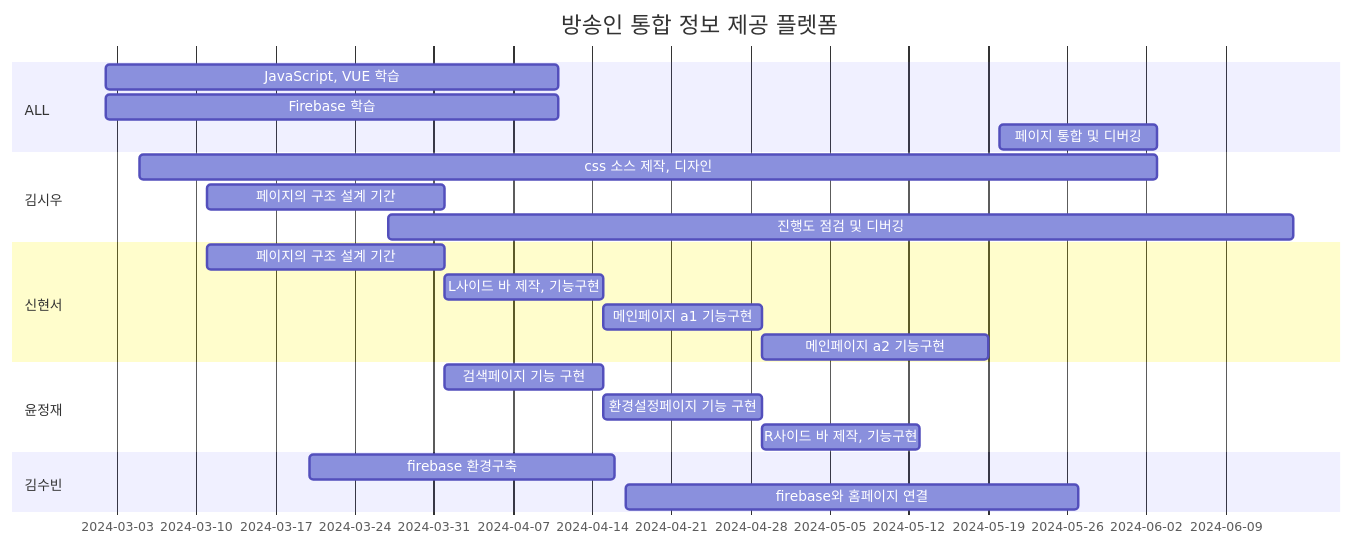
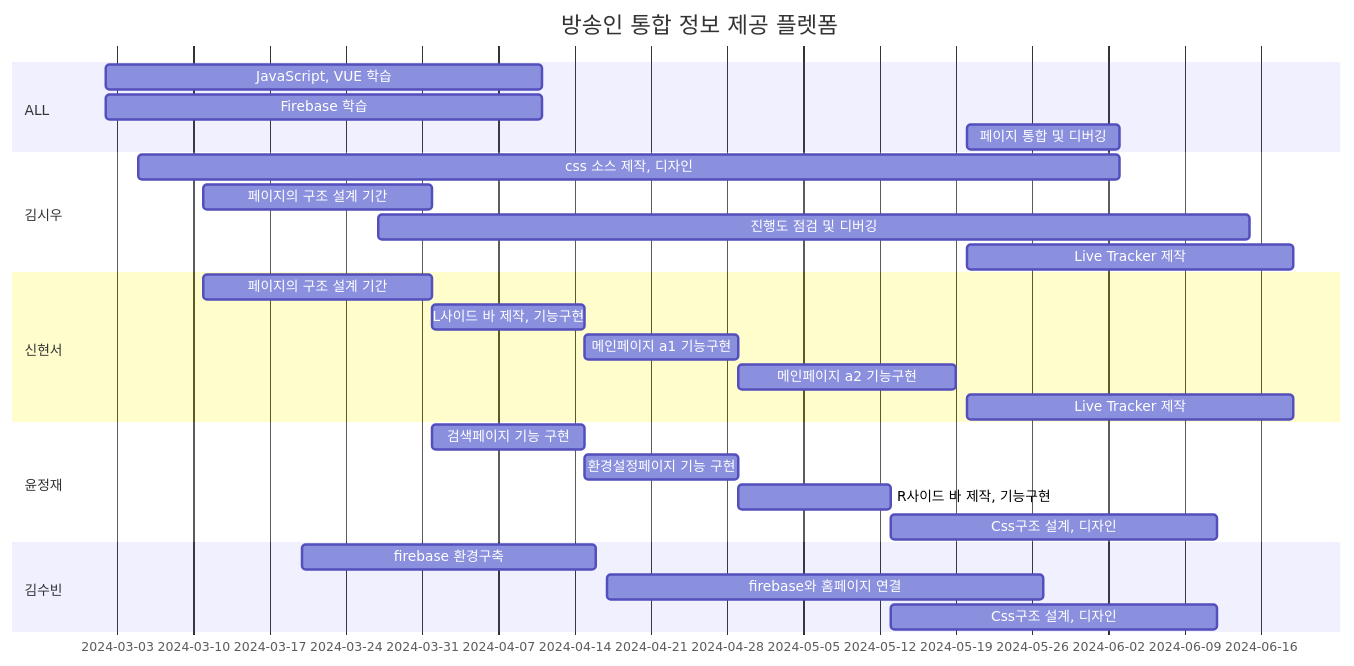
Before and after one commit to kimsiwoo12/kimsiwoo12: the diagram in README.md, drawn with Mermaid.

````diff
--- a/README.md
+++ b/README.md
@@ -8,30 +8,34 @@
 ```mermaid
 gantt
     title 방송인 통합 정보 제공 플렛폼
     dateFormat  YYYY-MM-DD
 
     section ALL
     JavaScript, VUE 학습     :a1, 2024-03-02, 40d
     Firebase 학습            :a2, 2024-03-02, 40d
     페이지 통합 및 디버깅    :a3, 2024-05-20, 14d
 
     section 김시우
     css 소스 제작, 디자인    :a1, 2024-03-05, 90d
     페이지의 구조 설계 기간  :a2, 2024-03-11, 21d
     진행도 점검 및 디버깅    :a3, 2024-03-27, 80d
+    Live Tracker 제작        :a4, 2024-05-20, 30d
 
     section 신현서
     페이지의 구조 설계 기간     :a1, 2024-03-11, 21d
     L사이드 바 제작, 기능구현   :a2, 2024-04-01, 14d
     메인페이지 a1 기능구현      :a3, 2024-04-15, 14d
     메인페이지 a2 기능구현      :a4, 2024-04-29, 20d
+    Live Tracker 제작           :a5, 2024-05-20, 30d
 
     section 윤정재
     검색페이지 기능 구현          :a1, 2024-04-01, 14d
     환경설정페이지 기능 구현      :a2, 2024-04-15, 14d
     R사이드 바 제작, 기능구현     :a3, 2024-04-29, 14d
+    Css구조 설계, 디자인          :a4, 2024-05-13, 30d
 
     section 김수빈
     firebase 환경구축        :a1, 2024-03-20, 27d
     firebase와 홈페이지 연결 :a2, 2024-04-17, 40d
+    Css구조 설계, 디자인     :a3, 2024-05-13, 30d
 ```
````
